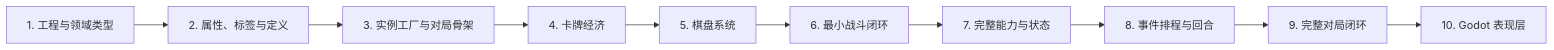
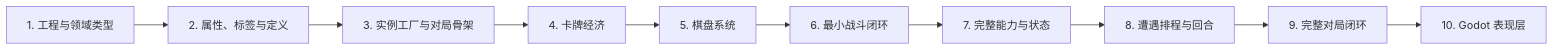
One commit to WayneTang99/Project_Star changed the diagram in docs/IMPLEMENTATION_PLAN.md. Above: the diagram before and after it, drawn with Mermaid. The commit also changed other lines of this file and 6 other files, not shown here.

Commit message:
docs(architecture): 统一新架构文档约定

````diff
--- a/docs/IMPLEMENTATION_PLAN.md
+++ b/docs/IMPLEMENTATION_PLAN.md
@@ -16,12 +16,12 @@
 ```mermaid
 flowchart LR
     S1["1. 工程与领域类型"] --> S2["2. 属性、标签与定义"]
     S2 --> S3["3. 实例工厂与对局骨架"]
     S3 --> S4["4. 卡牌经济"]
     S4 --> S5["5. 棋盘系统"]
     S5 --> S6["6. 最小战斗闭环"]
     S6 --> S7["7. 完整能力与状态"]
-    S7 --> S8["8. 事件排程与回合"]
+    S7 --> S8["8. 遭遇排程与回合"]
     S8 --> S9["9. 完整对局闭环"]
     S9 --> S10["10. Godot 表现层"]
 ```
````
